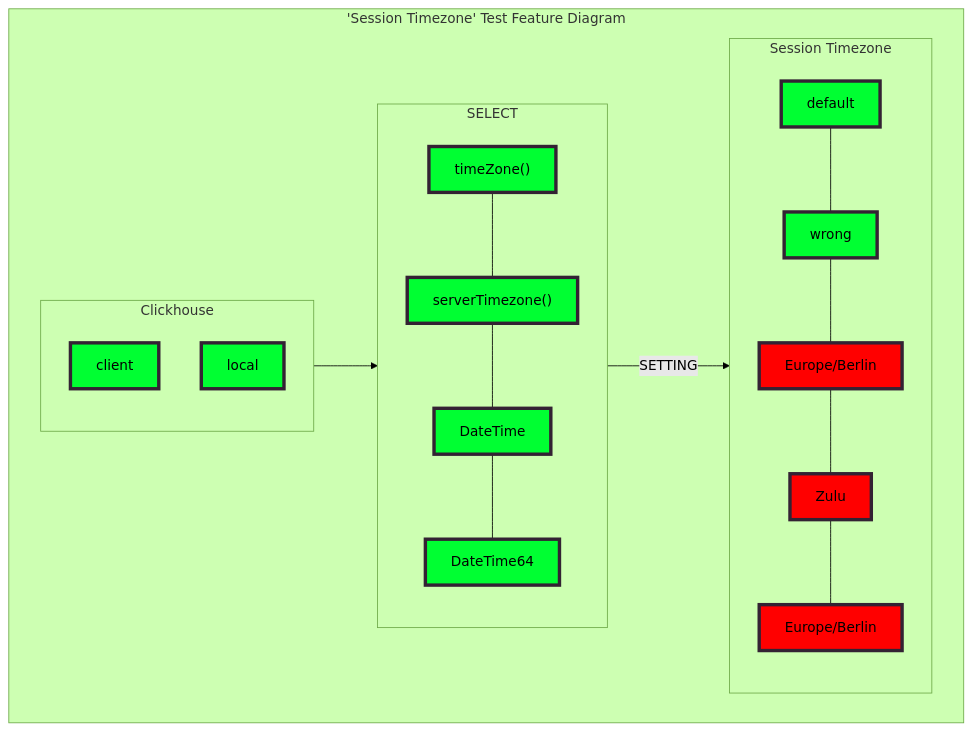
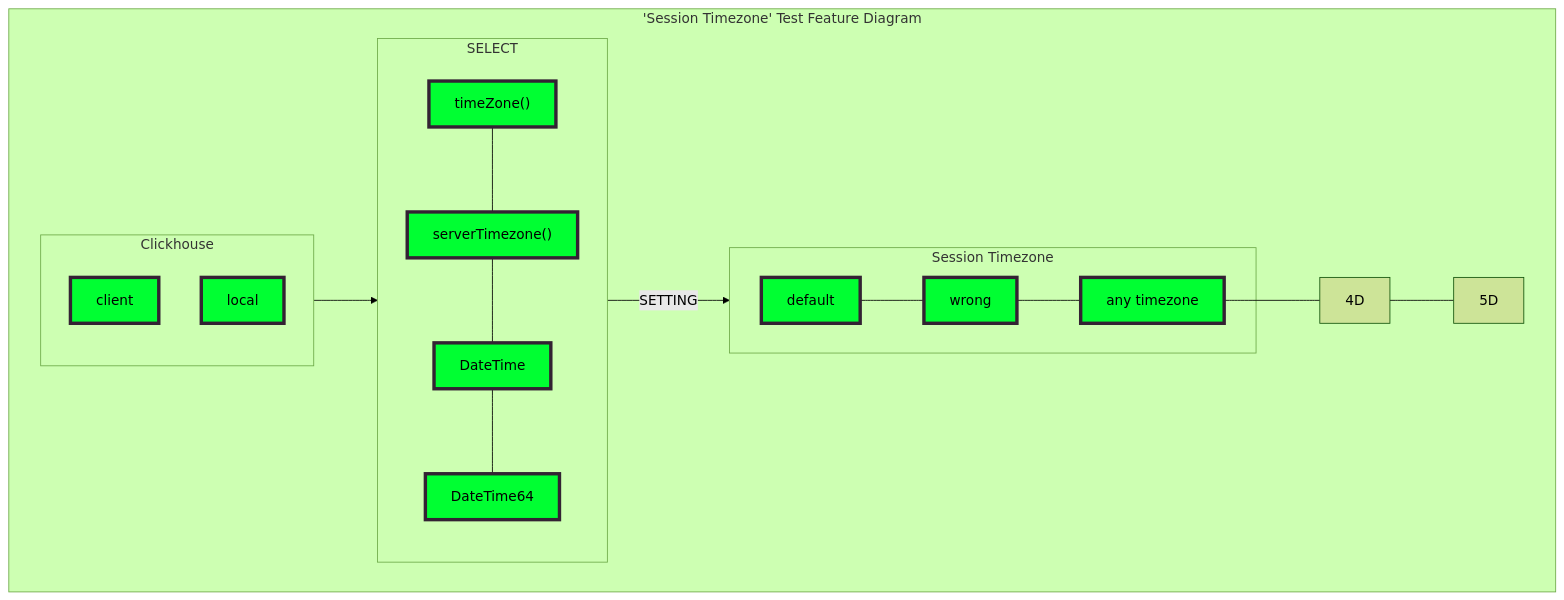
Before and after one commit to Altinity/clickhouse-regression: the diagram in session_timezone/requirements/requirements.md, drawn with Mermaid (forest theme).

Commit message:
session timezone diagram upd.

````diff
--- a/session_timezone/requirements/requirements.md
+++ b/session_timezone/requirements/requirements.md
@@ -38,41 +38,39 @@
 ```mermaid
 flowchart TB;
 
   classDef yellow fill:#ffff32,stroke:#323,stroke-width:4px,color:black;
   classDef yellow2 fill:#ffff32,stroke:#323,stroke-width:4px,color:red;
   classDef green fill:#00ff32,stroke:#323,stroke-width:4px,color:black;
   classDef red fill:red,stroke:#323,stroke-width:4px,color:black;
   classDef blue fill:blue,stroke:#323,stroke-width:4px,color:white;
   
   subgraph O["'Session Timezone' Test Feature Diagram"]
   
   C-->A--"SETTING"-->D
 
   1A---2A---3A---4A
   1D---2D---3D---4D---5D
   
     subgraph C["Clickhouse"]
 
         1C["client"]:::green
         2C["local"]:::green
  
     end
   
     subgraph A["SELECT"]
 
         1A["timeZone()"]:::green
         2A["serverTimezone()"]:::green
         3A["DateTime"]:::green
         4A["DateTime64"]:::green
         
     end
     
     subgraph D["Session Timezone"]
         1D["default"]:::green
         2D["wrong"]:::green
-        3D["Europe/Berlin"]:::red
-        4D["Zulu"]:::red
-        5D["Europe/Berlin"]:::red
+        3D["any timezone"]:::green
     end
   end
 ```
````
